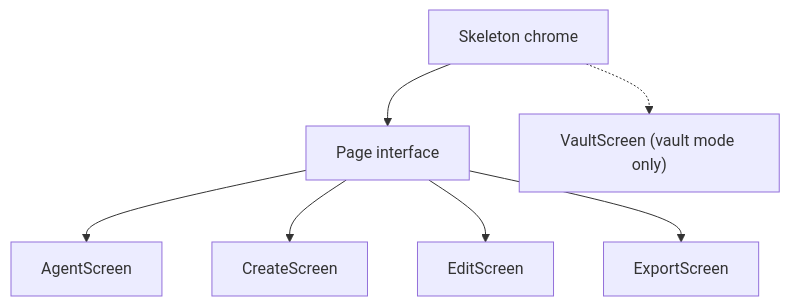
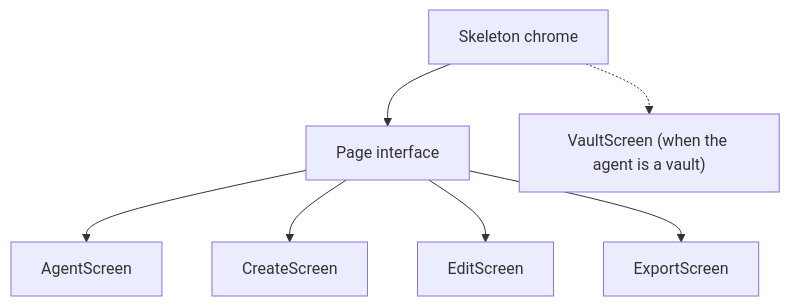
Before and after one commit to ollykeran/sshush: the diagram in docs/tui.md, drawn with Mermaid. The commit also changed other lines of this file and 6 other files, not shown here.

First line of the commit message:
docs: diagram how clients reach the agent and how the relay works

````diff
--- a/docs/tui.md
+++ b/docs/tui.md
@@ -9,16 +9,16 @@
 ```mermaid
 flowchart TD
   Skeleton[Skeleton chrome]
   Page[Page interface]
   Agent[AgentScreen]
   Create[CreateScreen]
   Edit[EditScreen]
   Export[ExportScreen]
-  Vault["VaultScreen (vault mode only)"]
+  Vault["VaultScreen (when the agent is a vault)"]
   Skeleton --> Page
   Page --> Agent
   Page --> Create
   Page --> Edit
   Page --> Export
   Skeleton -.-> Vault
 ```
````
